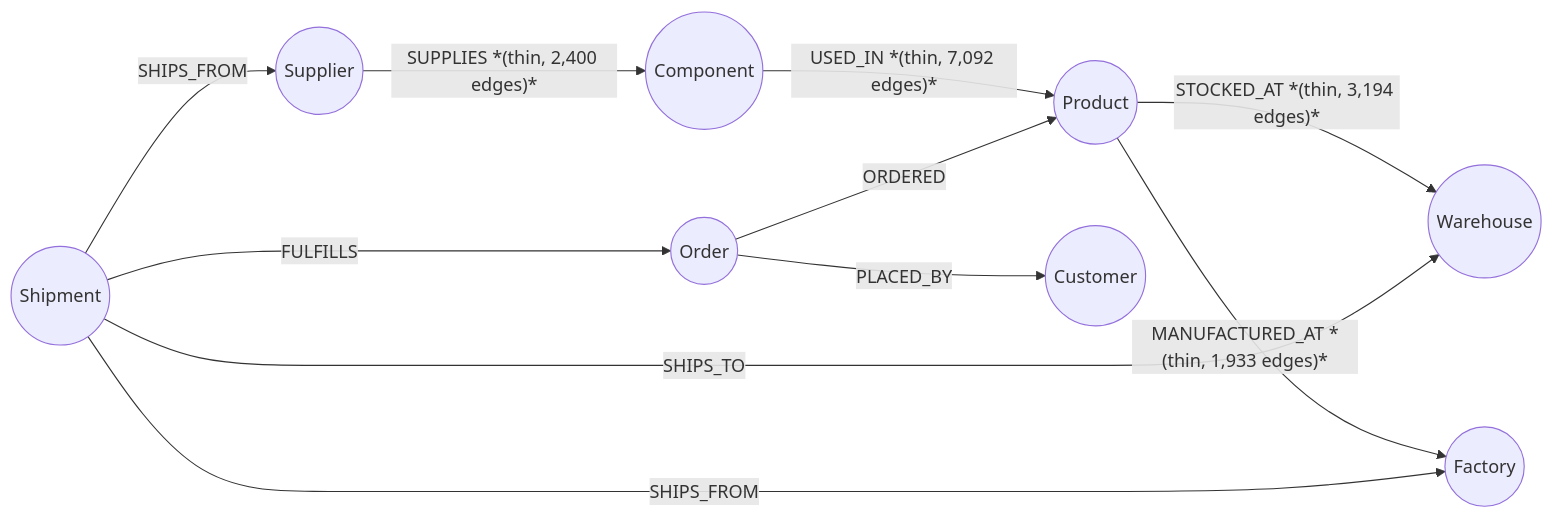
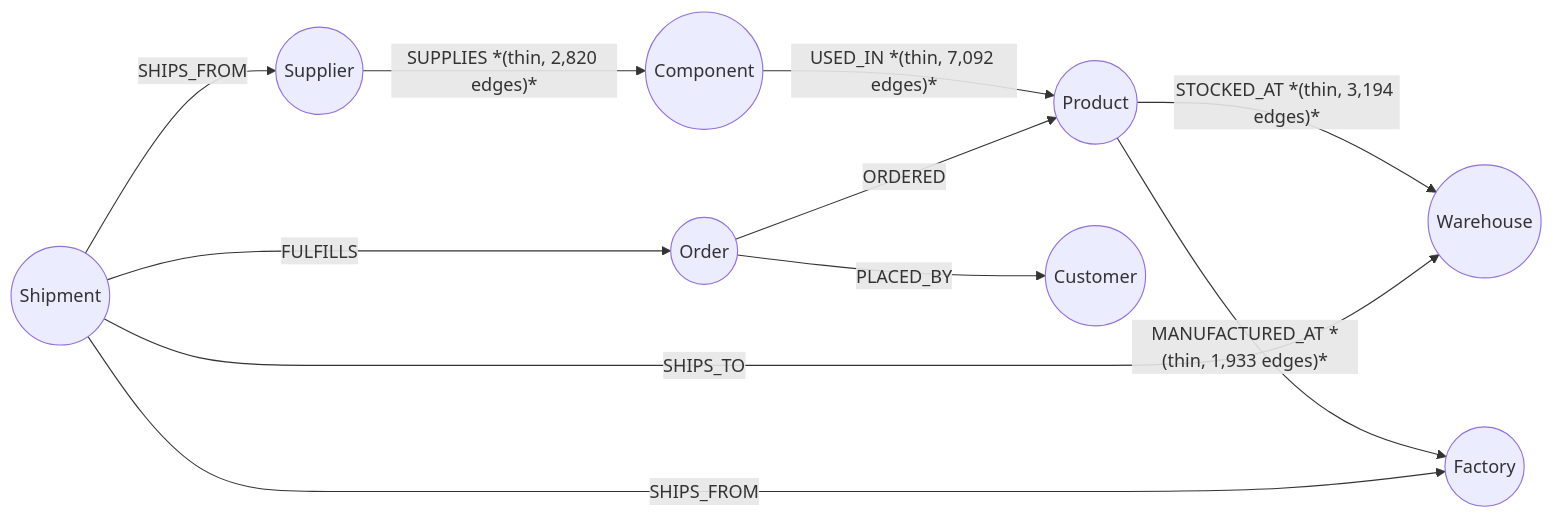
Before and after one commit to murali-ftw/ChainPilot: the first of 13 diagrams in reports/info.md, drawn with Mermaid. The commit also changed other lines of this file and 18 other files, not shown here.

````diff
--- a/reports/info.md
+++ b/reports/info.md
@@ -38,22 +39,22 @@
 ```mermaid
 graph LR
     Supplier((Supplier))
     Component((Component))
     Product((Product))
     Factory((Factory))
     Warehouse((Warehouse))
     Shipment((Shipment))
     Order((Order))
     Customer((Customer))
 
-    Supplier -->|"SUPPLIES *(thin, 2,400 edges)*"| Component
+    Supplier -->|"SUPPLIES *(thin, 2,820 edges)*"| Component
     Component -->|"USED_IN *(thin, 7,092 edges)*"| Product
     Product -->|"STOCKED_AT *(thin, 3,194 edges)*"| Warehouse
     Product -->|"MANUFACTURED_AT *(thin, 1,933 edges)*"| Factory
     Shipment -->|SHIPS_FROM| Supplier
     Shipment -->|SHIPS_FROM| Factory
     Shipment -->|SHIPS_TO| Warehouse
     Shipment -->|FULFILLS| Order
     Order -->|ORDERED| Product
     Order -->|PLACED_BY| Customer
 ```
````
